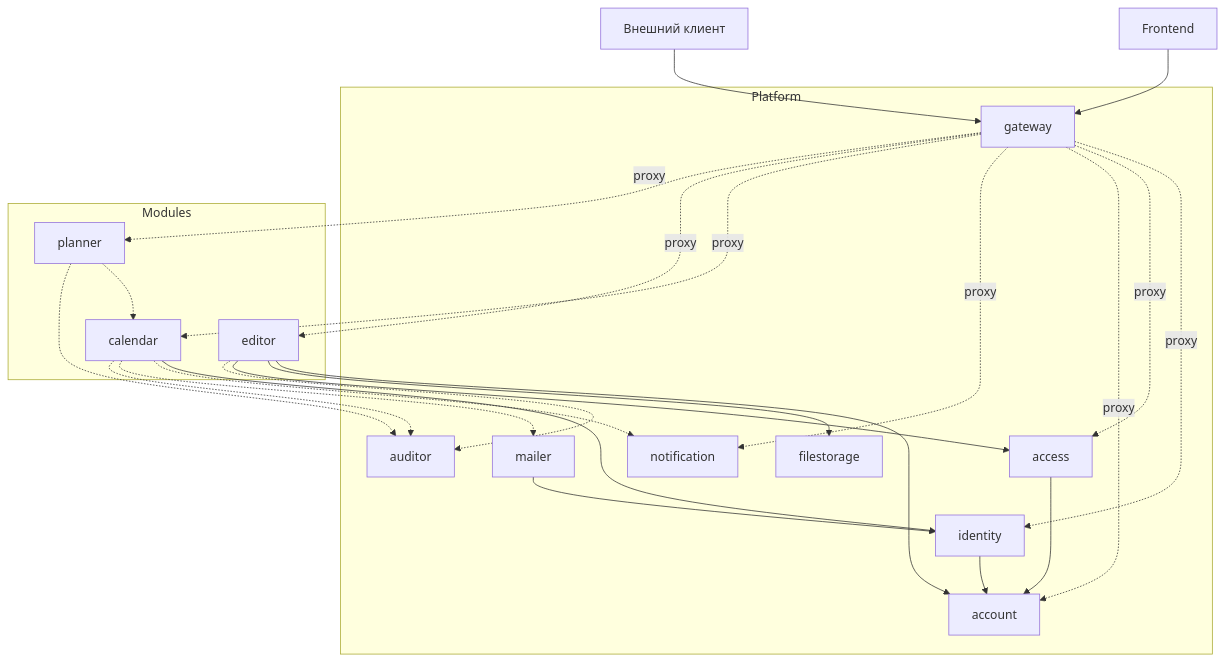
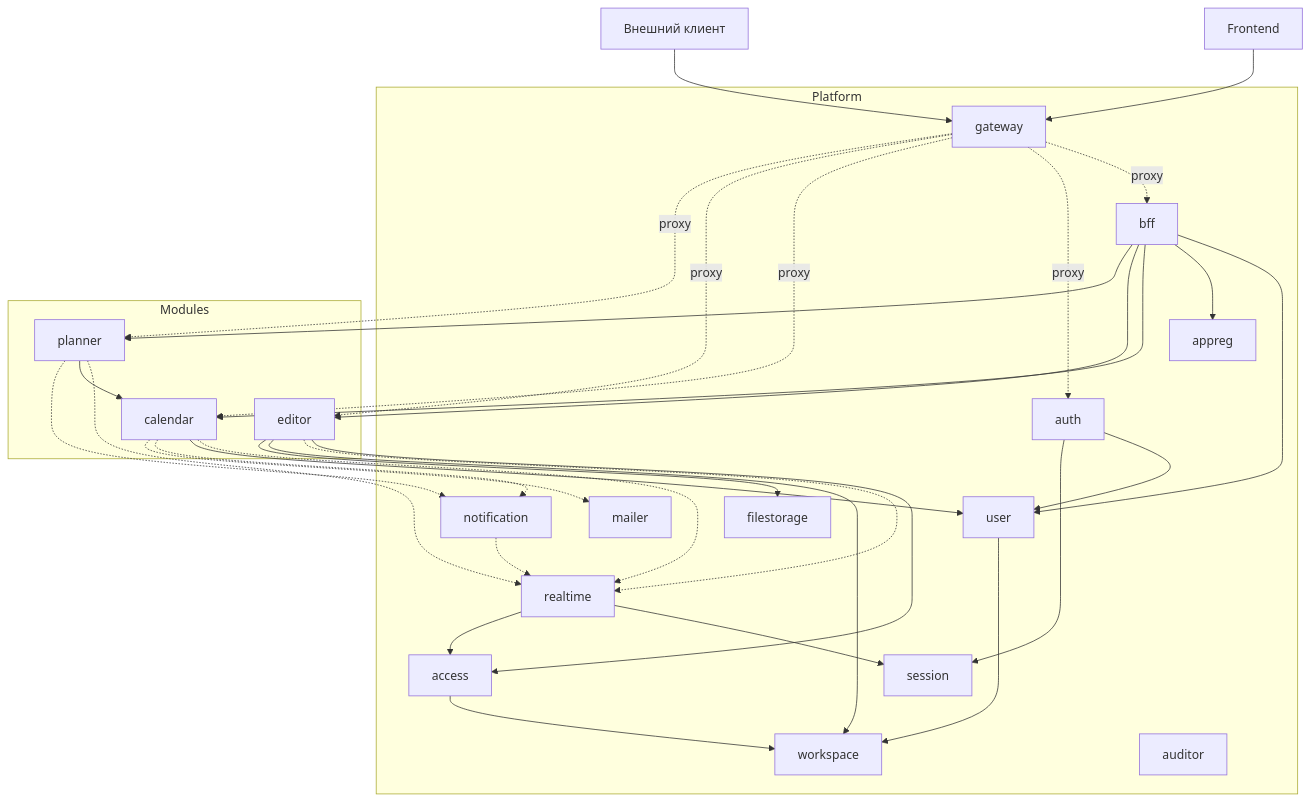
The second of 6 diagrams in docs/architecture.md (Exevald/aura-platform), drawn with Mermaid before and after one commit. The commit also changed other lines of this file, not shown here.

````diff
--- a/docs/architecture.md
+++ b/docs/architecture.md
@@ -22,45 +22,58 @@
 ```mermaid
 flowchart TB
     Frontend[Frontend]
     ExternalClient[Внешний клиент]
 
     subgraph Platform[Platform]
         Gateway[gateway]
-        Identity[identity]
+        BFF[bff]
+        Auth[auth]
+        Session[session]
+        User[user]
+        Workspace[workspace]
         Access[access]
-        Account[account]
+        AppReg[appreg]
+        Realtime[realtime]
         Notification[notification]
         Filestorage[filestorage]
         Mailer[mailer]
         Auditor[auditor]
     end
 
     subgraph Modules[Modules]
         Calendar[calendar]
         Editor[editor]
         Planner[planner]
     end
 
     Frontend --> Gateway
     ExternalClient --> Gateway
-    Gateway -.->|proxy| Identity
-    Gateway -.->|proxy| Access
-    Gateway -.->|proxy| Account
-    Gateway -.->|proxy| Notification
+    Gateway -.->|proxy| BFF
+    Gateway -.->|proxy| Auth
     Gateway -.->|proxy| Calendar
     Gateway -.->|proxy| Editor
     Gateway -.->|proxy| Planner
-    Access --> Account
-    Identity --> Account
-    Mailer --> Identity
-    Editor --> Account
+    Auth --> User
+    Auth --> Session
+    BFF --> User
+    BFF --> AppReg
+    BFF --> Calendar
+    BFF --> Editor
+    BFF --> Planner
+    Access --> Workspace
+    Editor --> Access
+    Realtime --> Session
+    Realtime --> Access
+    Editor -.-> Realtime
+    Calendar -.-> Realtime
+    Planner -.-> Realtime
+    Notification -.-> Realtime
+    User --> Workspace
+    Editor --> Workspace
     Editor --> Filestorage
-    Editor --> Access
-    Editor .-> Auditor
-    Calendar --> Identity
+    Calendar --> User
     Calendar -.-> Notification
     Calendar -.-> Mailer
-    Calendar -.-> Auditor
-    Planner -.-> Calendar
-    Planner -.-> Auditor
+    Planner --> Calendar
+    Planner -.-> Notification
 ```
````
